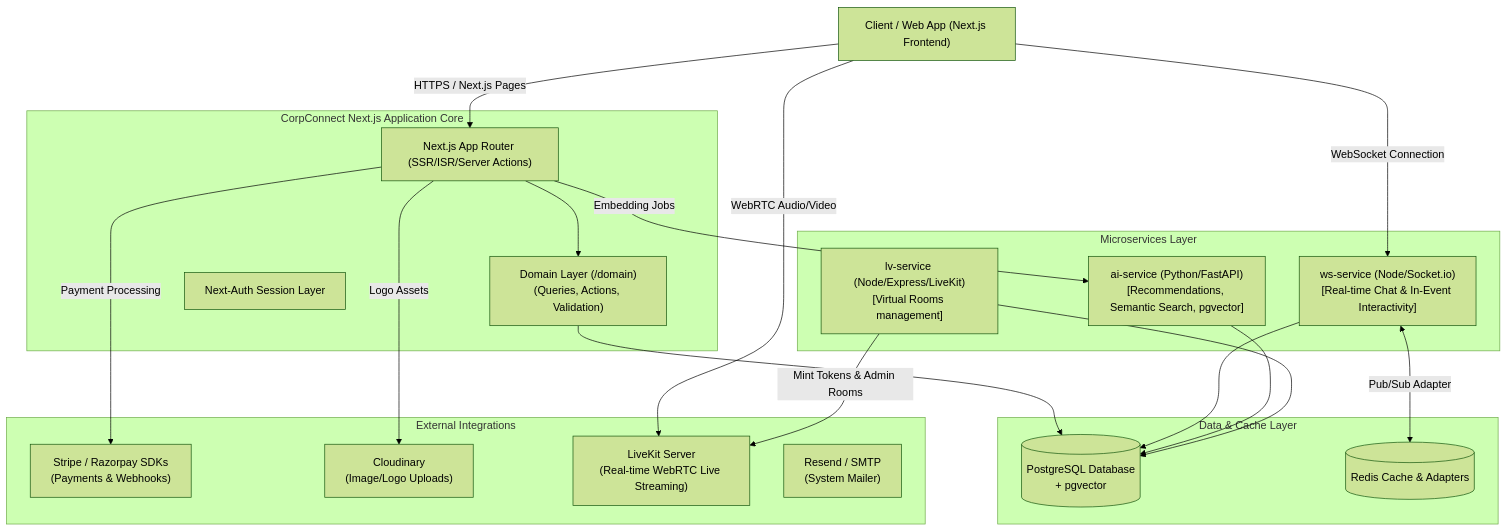
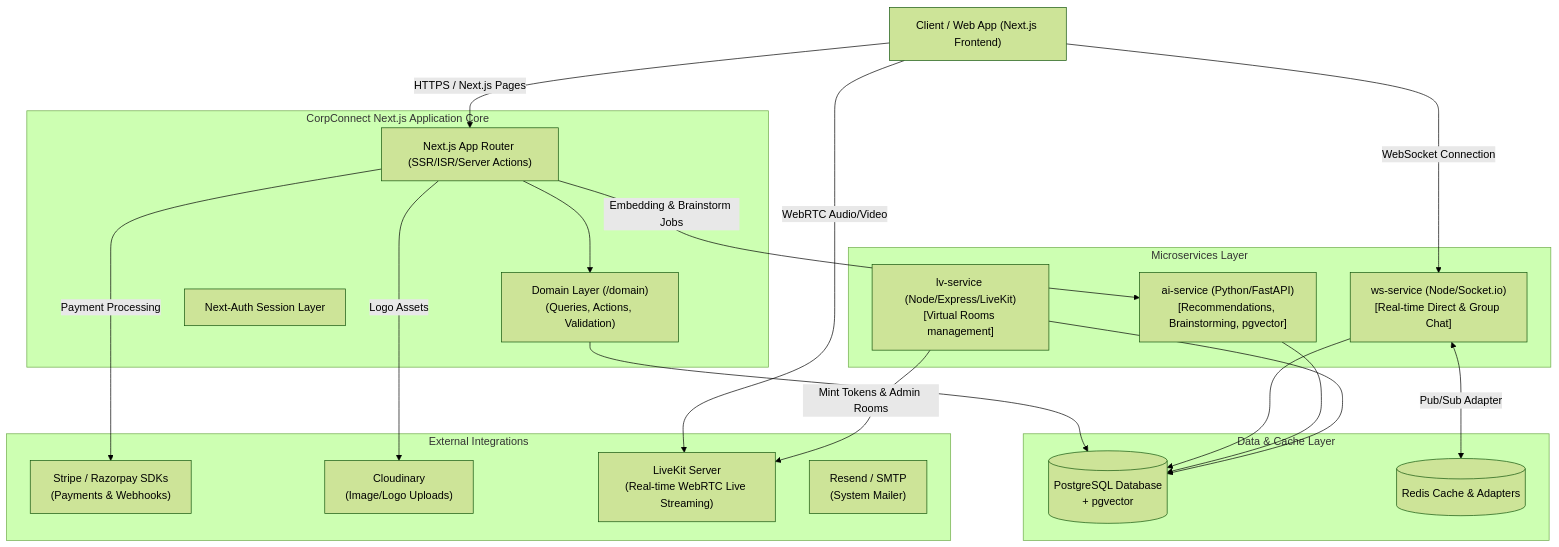
Before and after one commit to AnirudhAP2k/CorpConnect: the diagram in README.md, drawn with Mermaid (forest theme). The commit also changed other lines of this file, not shown here.

Commit message:
docs: update root README with architecture and services overview

````diff
--- a/README.md
+++ b/README.md
@@ -25,44 +26,44 @@
 ```mermaid
 graph TD
     Client["Client / Web App (Next.js Frontend)"]
     
     subgraph CorpConnectCore ["CorpConnect Next.js Application Core"]
         NextServer["Next.js App Router (SSR/ISR/Server Actions)"]
         DomainLayer["Domain Layer (/domain)<br/>(Queries, Actions, Validation)"]
         NextAuth["Next-Auth Session Layer"]
     end
     
     subgraph Microservices ["Microservices Layer"]
-        WSService["ws-service (Node/Socket.io)<br/>[Real-time Chat & In-Event Interactivity]"]
+        WSService["ws-service (Node/Socket.io)<br/>[Real-time Direct & Group Chat]"]
         LVService["lv-service (Node/Express/LiveKit)<br/>[Virtual Rooms management]"]
-        AIService["ai-service (Python/FastAPI)<br/>[Recommendations, Semantic Search, pgvector]"]
+        AIService["ai-service (Python/FastAPI)<br/>[Recommendations, Brainstorming, pgvector]"]
     end
     
     subgraph DataStorage ["Data & Cache Layer"]
         DB[(PostgreSQL Database<br/>+ pgvector)]
         Redis[(Redis Cache & Adapters)]
     end
     
     subgraph External ["External Integrations"]
         Stripe["Stripe / Razorpay SDKs<br/>(Payments & Webhooks)"]
         Cloudinary["Cloudinary<br/>(Image/Logo Uploads)"]
         LiveKitCloud["LiveKit Server<br/>(Real-time WebRTC Live Streaming)"]
         ResendSMTP["Resend / SMTP<br/>(System Mailer)"]
     end
 
     Client -->|HTTPS / Next.js Pages| NextServer
     Client -->|WebSocket Connection| WSService
     Client -->|WebRTC Audio/Video| LiveKitCloud
     
     NextServer --> DomainLayer
     DomainLayer --> DB
     WSService --> DB
     AIService --> DB
     LVService --> DB
     
     WSService <-->|Pub/Sub Adapter| Redis
-    NextServer -->|Embedding Jobs| AIService
+    NextServer -->|Embedding & Brainstorm Jobs| AIService
     NextServer -->|Payment Processing| Stripe
     NextServer -->|Logo Assets| Cloudinary
     LVService -->|Mint Tokens & Admin Rooms| LiveKitCloud
 ```
````
